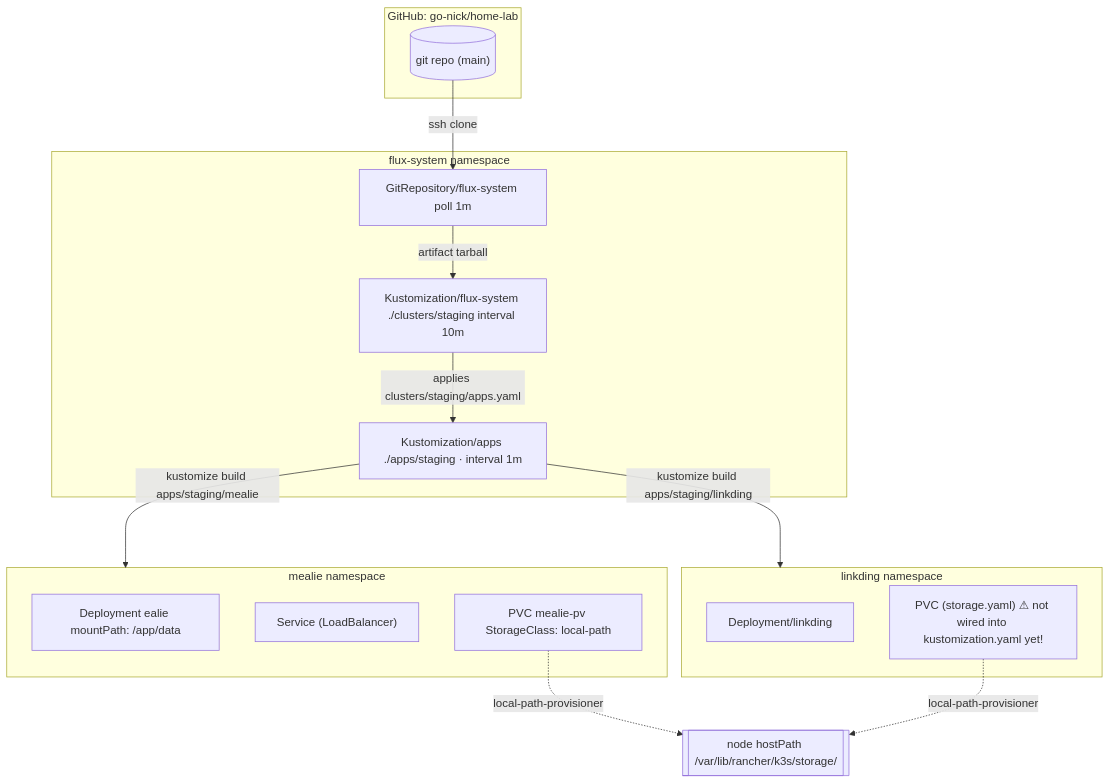
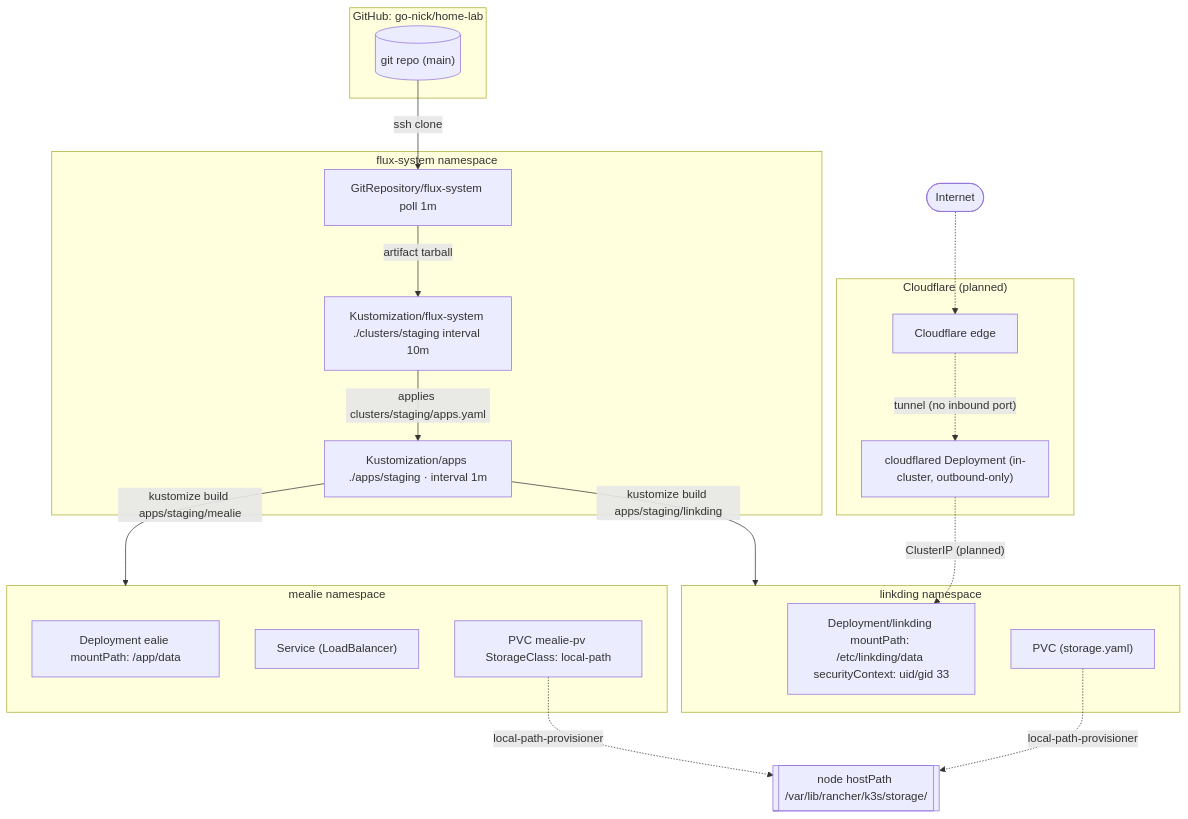
Before and after one commit to go-nick/home-lab: the diagram in README.md, drawn with Mermaid. The commit also changed other lines of this file, not shown here.

Commit message:
documentation for next-step clouflare exposure

````diff
--- a/README.md
+++ b/README.md
@@ -7,33 +7,43 @@
 ```mermaid
 flowchart TD
     subgraph gh["GitHub: go-nick/home-lab"]
         repo[("git repo (main)")]
     end
 
     subgraph flux["flux-system namespace"]
         gr["GitRepository/flux-system poll 1m"]
         kroot["Kustomization/flux-system ./clusters/staging interval 10m"]
         kapps["Kustomization/apps ./apps/staging · interval 1m"]
     end
 
     subgraph ld["linkding namespace"]
-        lddep["Deployment/linkding"]
-        ldpvc["PVC (storage.yaml) ⚠ not wired into kustomization.yaml yet!"]
+        lddep["Deployment/linkding mountPath: /etc/linkding/data securityContext: uid/gid 33"]
+        ldpvc["PVC (storage.yaml)"]
     end
 
     subgraph ml["mealie namespace"]
         mldep["Deployment ealie mountPath: /app/data"]
         mlsvc["Service (LoadBalancer)"]
         mlpvc["PVC mealie-pv StorageClass: local-path"]
     end
 
     node[["node hostPath /var/lib/rancher/k3s/storage/"]]
 
+    subgraph cf["Cloudflare (planned)"]
+        edge["Cloudflare edge"]
+        tunnel["cloudflared Deployment (in-cluster, outbound-only)"]
+    end
+    internet(["Internet"])
+
     repo -- ssh clone --> gr
     gr -- artifact tarball --> kroot
     kroot -- applies clusters/staging/apps.yaml --> kapps
     kapps -- kustomize build apps/staging/linkding --> ld
     kapps -- kustomize build apps/staging/mealie --> ml
     mlpvc -. local-path-provisioner .-> node
     ldpvc -. local-path-provisioner .-> node
+
+    internet -.-> edge
+    edge -.->|"tunnel (no inbound port)"| tunnel
+    tunnel -.->|"ClusterIP (planned)"| lddep
 ```
````
